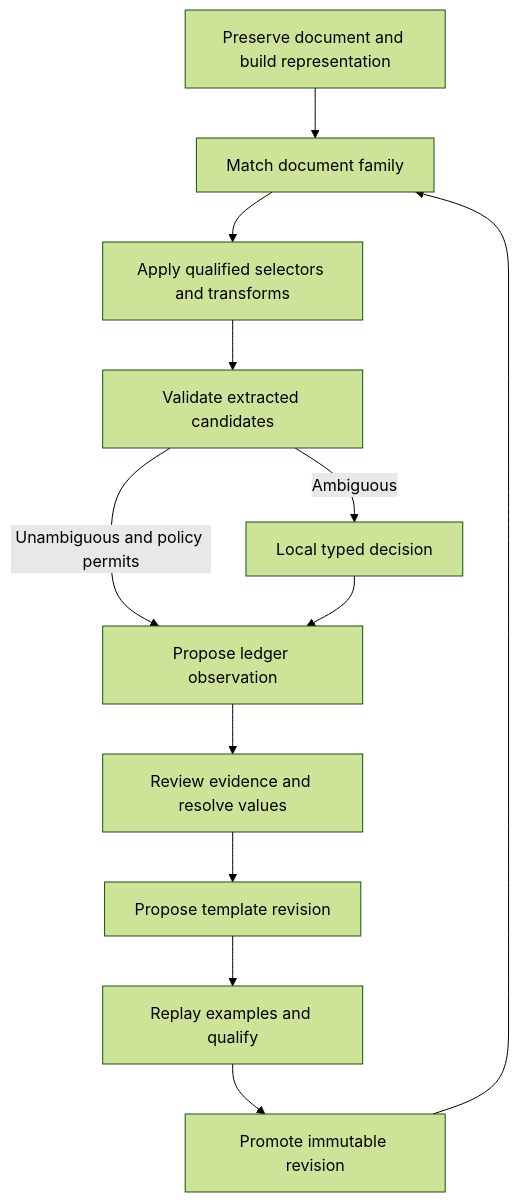
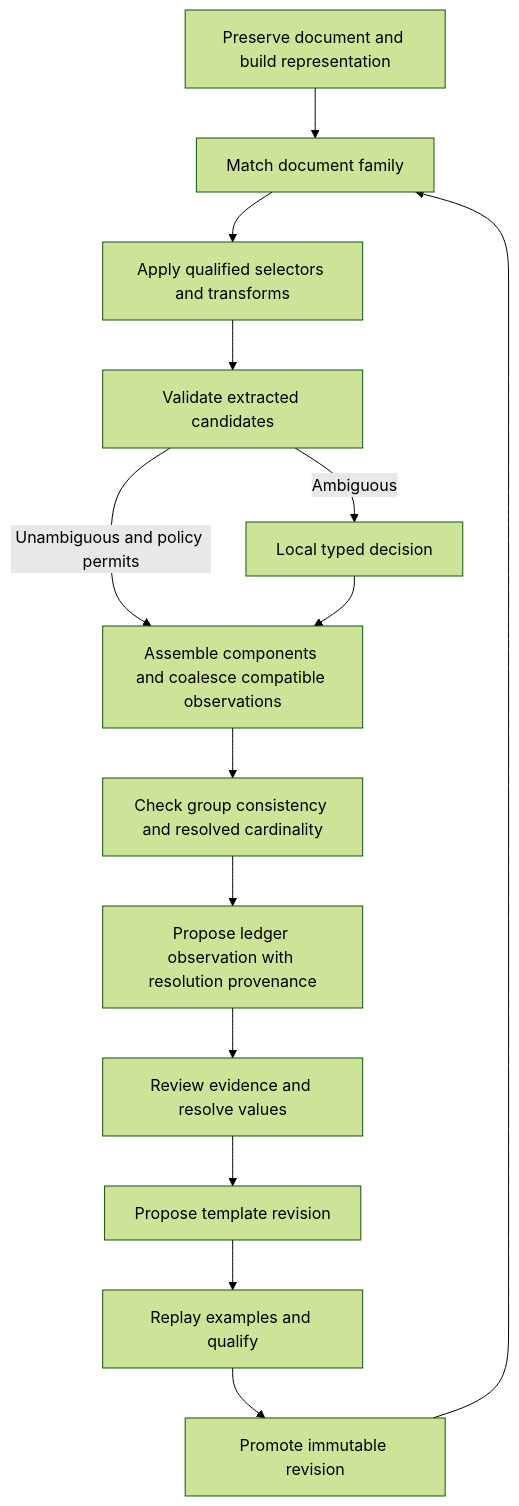
One commit to scottgal/document-ledger changed the diagram in docs/specification.md. Above: the diagram before and after it, drawn with Mermaid (forest theme). The commit also changed other lines of this file and 4 other files, not shown here.

````diff
--- a/docs/specification.md
+++ b/docs/specification.md
@@ -88,14 +96,16 @@
 ```mermaid
 flowchart TD
     A[Preserve document and build representation] --> B[Match document family]
     B --> C[Apply qualified selectors and transforms]
     C --> D[Validate extracted candidates]
-    D -->|Unambiguous and policy permits| E[Propose ledger observation]
+    D -->|Unambiguous and policy permits| R[Assemble components and coalesce compatible observations]
     D -->|Ambiguous| F[Local typed decision]
-    F --> E
+    F --> R
+    R --> V[Check group consistency and resolved cardinality]
+    V --> E[Propose ledger observation with resolution provenance]
     E --> G[Review evidence and resolve values]
     G --> H[Propose template revision]
     H --> I[Replay examples and qualify]
     I --> J[Promote immutable revision]
     J --> B
 ```
````
